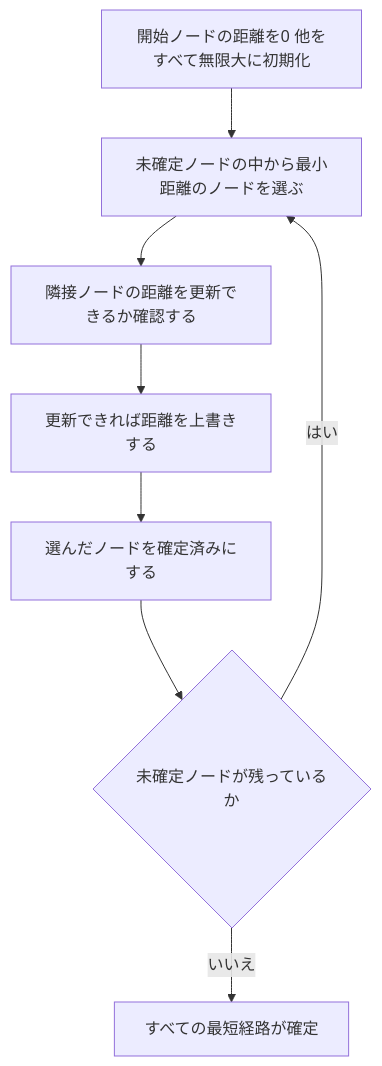
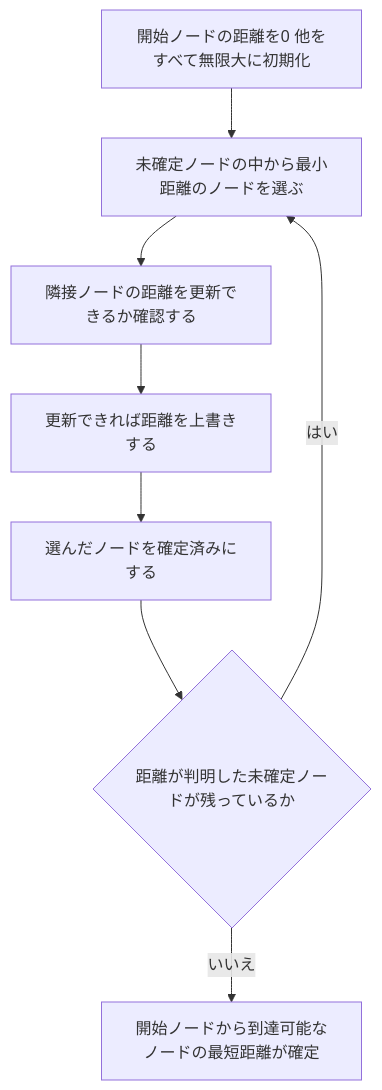
Before and after one commit to myoshi2891/Software-Design-and-Architecture: diagram 11 of 14 in Graph-databases-guide.md, drawn with Mermaid.

Commit message:
docs(graph-databases): Dijkstra法のフロー図の終了条件と確定範囲を精緻化

````diff
--- a/Graph-databases-guide.md
+++ b/Graph-databases-guide.md
@@ -354,10 +354,10 @@
 ```mermaid
 flowchart TD
     G1["開始ノードの距離を0 他をすべて無限大に初期化"] --> G2["未確定ノードの中から最小距離のノードを選ぶ"]
     G2 --> G3["隣接ノードの距離を更新できるか確認する"]
     G3 --> G4["更新できれば距離を上書きする"]
     G4 --> G5["選んだノードを確定済みにする"]
-    G5 --> G6{"未確定ノードが残っているか"}
+    G5 --> G6{"距離が判明した未確定ノードが残っているか"}
     G6 -->|"はい"| G2
-    G6 -->|"いいえ"| G7["すべての最短経路が確定"]
+    G6 -->|"いいえ"| G7["開始ノードから到達可能なノードの最短距離が確定"]
 ```
````
